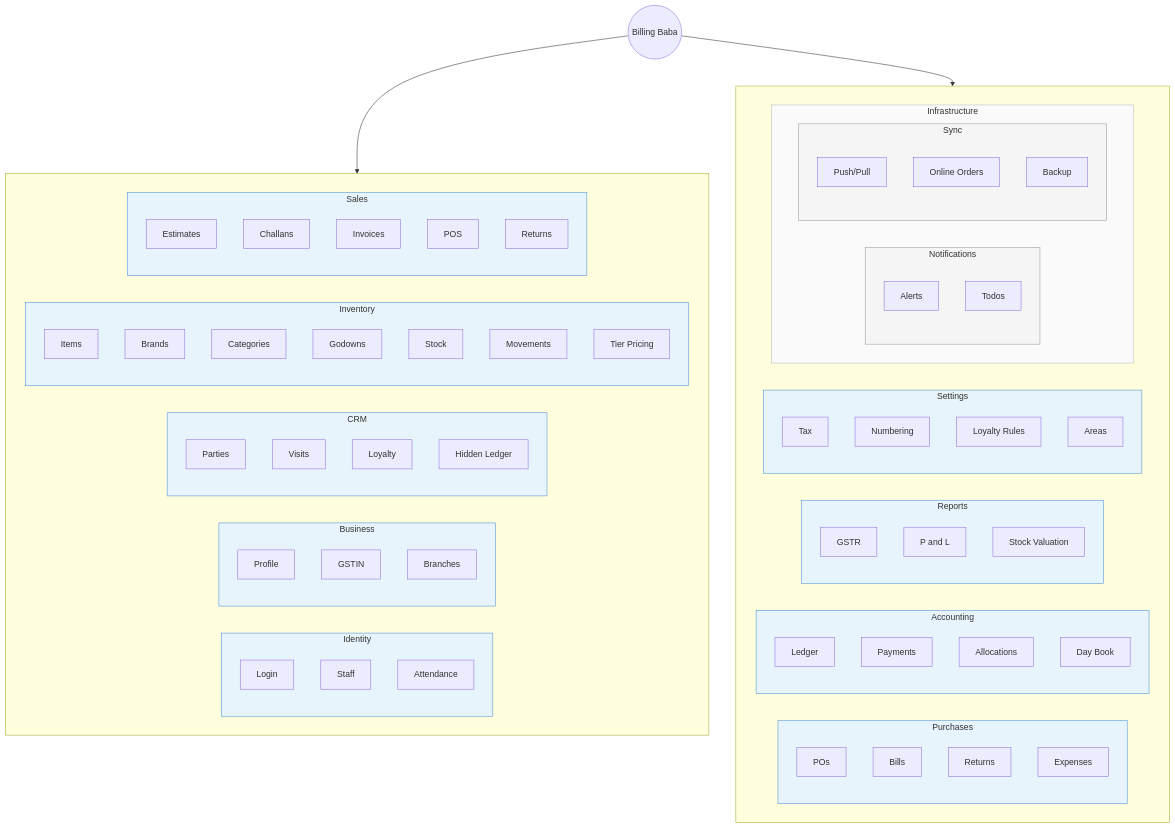
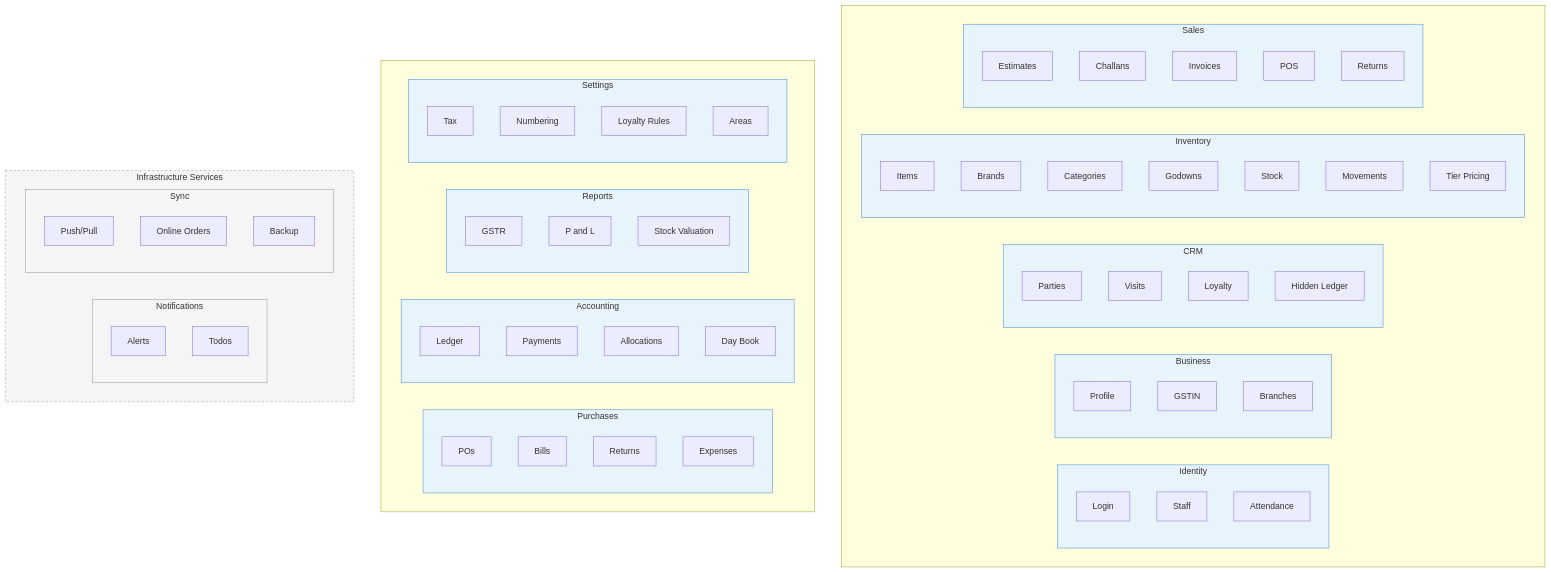
One commit to DevInDayslab/billing-baba changed the fourth of 11 diagrams in docs/01-architecture.md. Above: the diagram before and after it, drawn with Mermaid. The commit also changed other lines of this file, not shown here.

Commit message:
Update architecture documentation to clarify business domains and bounded contexts. Introduce a new Business Process Flow section, revise terminology for clarity, and enhance the context map with a legend for better understanding of relationships and dependencies.

````diff
--- a/docs/01-architecture.md
+++ b/docs/01-architecture.md
@@ -237,8 +305,6 @@
 ```mermaid
 flowchart TB
-    ROOT(("Billing Baba"))
-
-    subgraph row1[" "]
+    subgraph business_row1[" "]
         direction LR
         subgraph identity["Identity"]
             direction TB
@@ -279,7 +345,7 @@
         end
     end
 
-    subgraph row2[" "]
+    subgraph business_row2[" "]
         direction LR
         subgraph purchases["Purchases"]
             direction TB
@@ -308,24 +374,22 @@
             set_loyalty["Loyalty Rules"]
             set_areas["Areas"]
         end
-        subgraph infrastructure_cap["Infrastructure"]
-            direction LR
-            subgraph notifications["Notifications"]
-                direction TB
-                not_alerts["Alerts"]
-                not_todos["Todos"]
-            end
-            subgraph sync_cap["Sync"]
-                direction TB
-                syn_pushpull["Push/Pull"]
-                syn_orders["Online Orders"]
-                syn_backup["Backup"]
-            end
+    end
+
+    subgraph infra_caps["Infrastructure Services"]
+        direction LR
+        subgraph notifications["Notifications"]
+            direction TB
+            not_alerts["Alerts"]
+            not_todos["Todos"]
+        end
+        subgraph sync_cap["Sync"]
+            direction TB
+            syn_pushpull["Push/Pull"]
+            syn_orders["Online Orders"]
+            syn_backup["Backup"]
         end
     end
-
-    ROOT --> row1
-    ROOT --> row2
 
     style identity fill:#e8f4fc,stroke:#4a90d9
     style business_cap fill:#e8f4fc,stroke:#4a90d9
@@ -338,5 +402,5 @@
     style settings fill:#e8f4fc,stroke:#4a90d9
     style notifications fill:#f5f5f5,stroke:#999999
     style sync_cap fill:#f5f5f5,stroke:#999999
-    style infrastructure_cap fill:#fafafa,stroke:#bbbbbb
+    style infra_caps fill:#f5f5f5,stroke:#999999,stroke-dasharray:4 4
 ```
````
